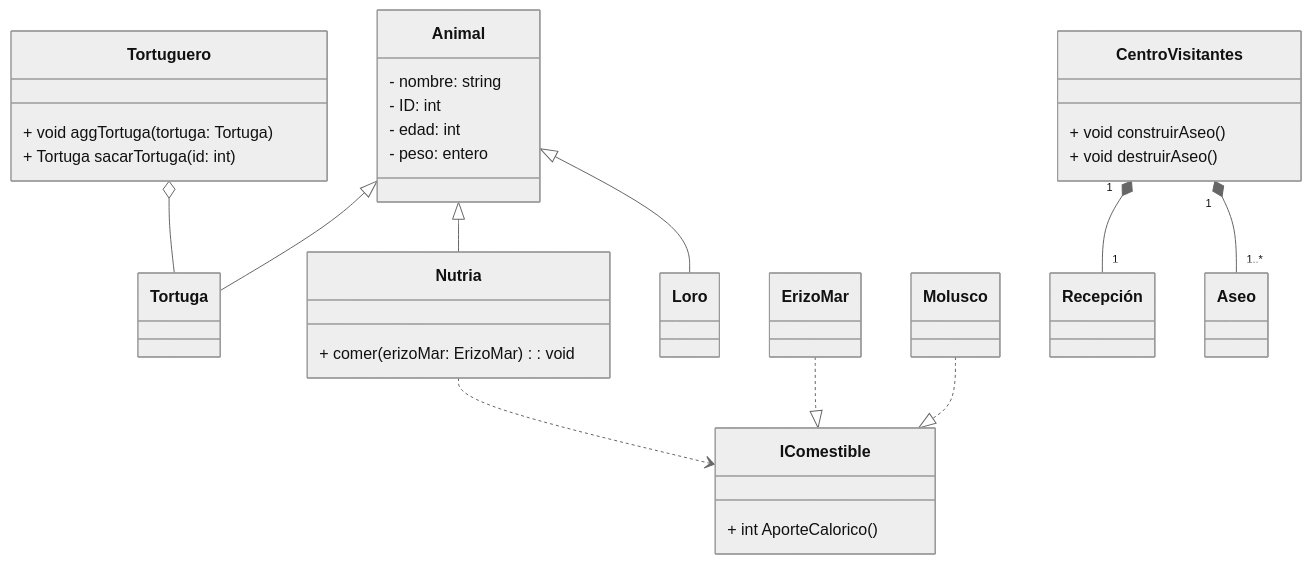
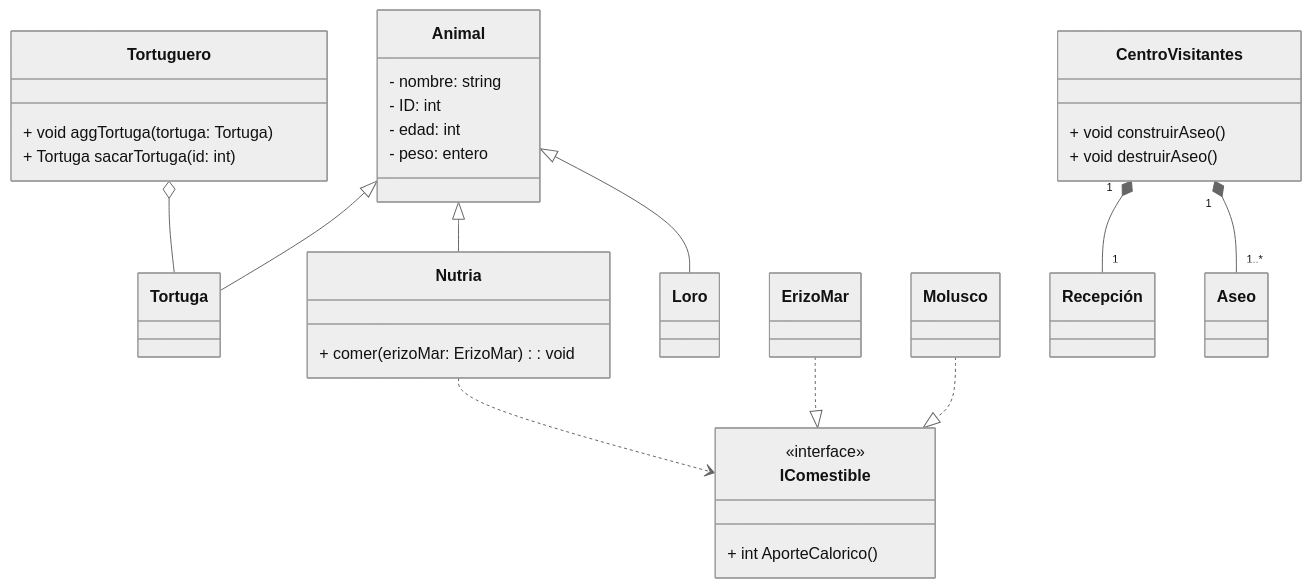
The diagram in Zoo/Readme.md (mgportada/DiagramasUMLEjemplos), drawn with Mermaid (neutral theme) before and after one commit. The commit also changed 1 other file, not shown here.

Commit message:
Readme Gallinero

````diff
--- a/Zoo/Readme.md
+++ b/Zoo/Readme.md
@@ -13,33 +13,34 @@
 ```mermaid
 classDiagram
     class Animal{
         - nombre: string
         - ID: int
         - edad: int
         - peso: entero
     }
     class Nutria {
         + comer(erizoMar: ErizoMar): void
     }
     class Tortuguero {
         + void aggTortuga(tortuga: Tortuga)
         + Tortuga sacarTortuga(id: int)
     }
     class CentroVisitantes{
         + void construirAseo()
         + void destruirAseo()
     }
     class IComestible{
+        <<interface>>
         + int AporteCalorico()
     }
     Animal <|-- Tortuga
     Animal <|-- Nutria
     Animal <|-- Loro
     ErizoMar ..|> IComestible
     Molusco ..|> IComestible
     Nutria ..> IComestible
     Tortuguero o-- Tortuga
     CentroVisitantes "1" *-- "1" Recepción
     CentroVisitantes "1" *-- "1..*" Aseo
 
 ```
````
